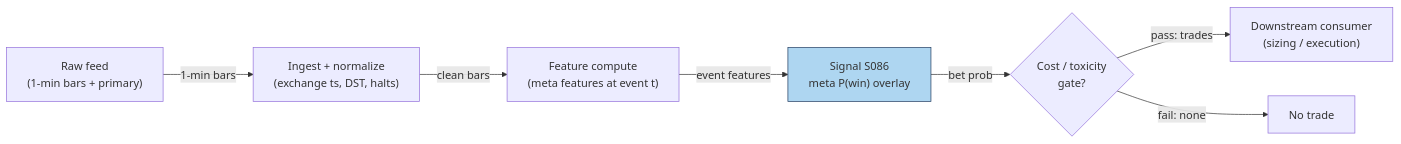
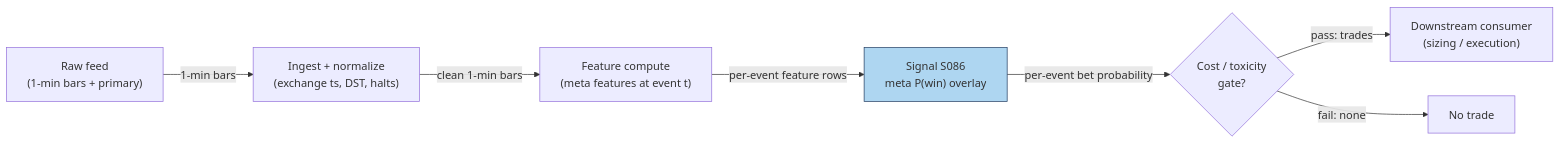
The diagram in batches/SB3/S086.md (praveenguptahcl/quant-signals-deep), drawn with Mermaid before and after one commit. The commit also changed other lines of this file and 49 other files, not shown here.

````diff
--- a/batches/SB3/S086.md
+++ b/batches/SB3/S086.md
@@ -154,10 +155,10 @@
 ```mermaid
 flowchart LR
     FEED["Raw feed<br/>(1-min bars + primary)"] -->|"1-min bars"| ING["Ingest + normalize<br/>(exchange ts, DST, halts)"]
-    ING -->|"clean bars"| FEAT["Feature compute<br/>(meta features at event t)"]
-    FEAT -->|"event features"| SIG["Signal S086<br/>meta P(win) overlay"]
-    SIG -->|"bet prob"| GATE{"Cost / toxicity<br/>gate?"}
+    ING -->|"clean 1-min bars"| FEAT["Feature compute<br/>(meta features at event t)"]
+    FEAT -->|"per-event feature rows"| SIG["Signal S086<br/>meta P(win) overlay"]
+    SIG -->|"per-event bet probability"| GATE{"Cost / toxicity<br/>gate?"}
     GATE -->|"pass: trades"| OUT["Downstream consumer<br/>(sizing / execution)"]
     GATE -->|"fail: none"| DROP["No trade"]
     style SIG fill:#aed6f1,stroke:#1f3a5f
 ```
````
